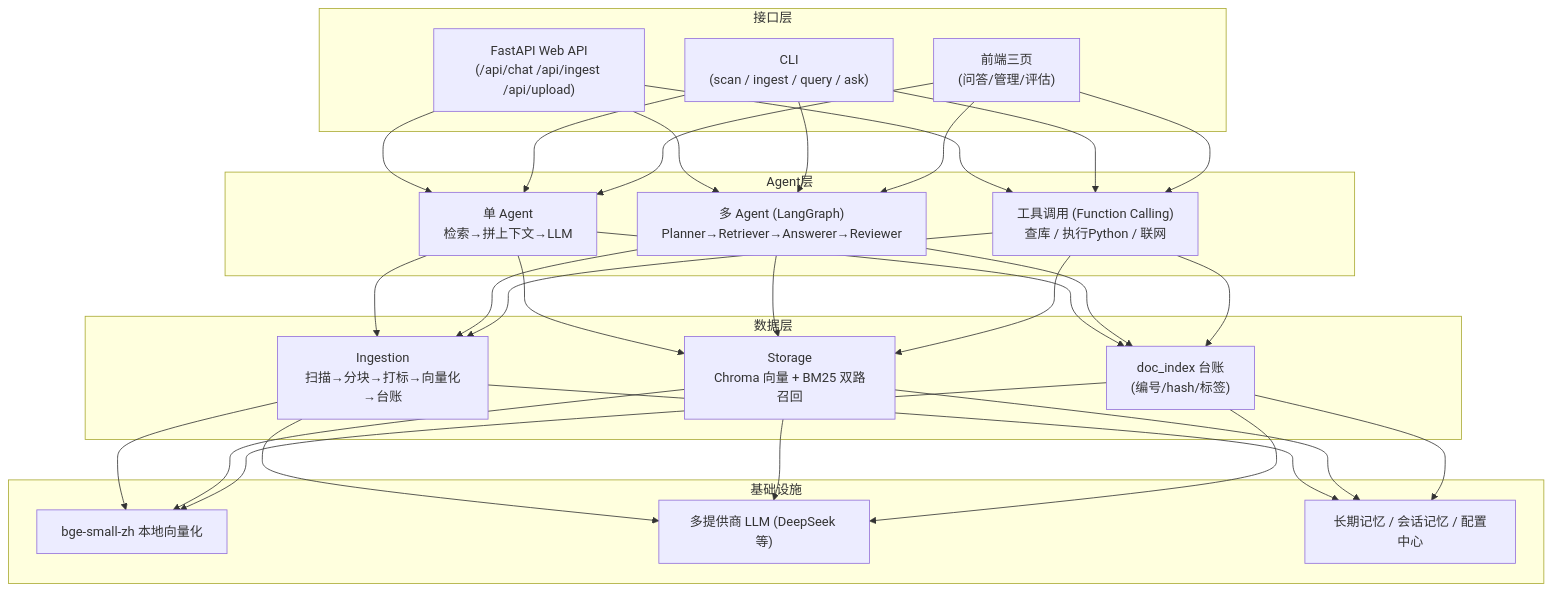
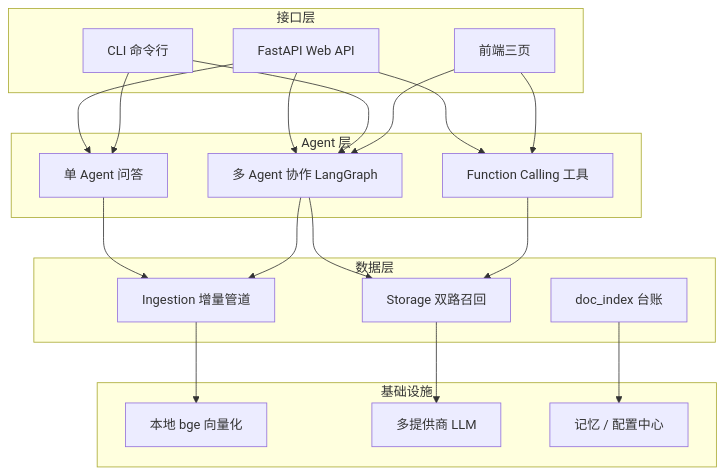
The diagram in README.md (Jesse-qil/kb), drawn with Mermaid before and after one commit.

Commit message:
docs: 修复 README 架构图 Mermaid 语法（GitHub 兼容）

````diff
--- a/README.md
+++ b/README.md
@@ -20,26 +20,41 @@
 ```mermaid
 flowchart TB
-    subgraph 接口层
-        A1["FastAPI Web API<br/>(/api/chat /api/ingest /api/upload)"]
-        A2["CLI<br/>(scan / ingest / query / ask)"]
-        A3["前端三页<br/>(问答/管理/评估)"]
+    subgraph L1[接口层]
+        A1[FastAPI Web API]
+        A2[CLI 命令行]
+        A3[前端三页]
     end
-    subgraph Agent层
-        B1["单 Agent<br/>检索→拼上下文→LLM"]
-        B2["多 Agent (LangGraph)<br/>Planner→Retriever→Answerer→Reviewer"]
-        B3["工具调用 (Function Calling)<br/>查库 / 执行Python / 联网"]
+
+    subgraph L2[Agent 层]
+        B1[单 Agent 问答]
+        B2[多 Agent 协作 LangGraph]
+        B3[Function Calling 工具]
     end
-    subgraph 数据层
-        C1["Ingestion<br/>扫描→分块→打标→向量化→台账"]
-        C2["Storage<br/>Chroma 向量 + BM25 双路召回"]
-        C3["doc_index 台账<br/>(编号/hash/标签)"]
+
+    subgraph L3[数据层]
+        C1[Ingestion 增量管道]
+        C2[Storage 双路召回]
+        C3[doc_index 台账]
     end
-    subgraph 基础设施
-        D1["bge-small-zh 本地向量化"]
-        D2["多提供商 LLM (DeepSeek 等)"]
-        D3["长期记忆 / 会话记忆 / 配置中心"]
+
+    subgraph L4[基础设施]
+        D1[本地 bge 向量化]
+        D2[多提供商 LLM]
+        D3[记忆 / 配置中心]
     end
-    A1 & A2 & A3 --> B1 & B2 & B3
-    B1 & B2 & B3 --> C1 & C2 & C3
-    C1 & C2 & C3 --> D1 & D2 & D3
+
+    A1 --> B1
+    A1 --> B2
+    A1 --> B3
+    A2 --> B1
+    A2 --> B2
+    A3 --> B2
+    A3 --> B3
+    B1 --> C1
+    B2 --> C1
+    B2 --> C2
+    B3 --> C2
+    C1 --> D1
+    C2 --> D2
+    C3 --> D3
 ```
````
